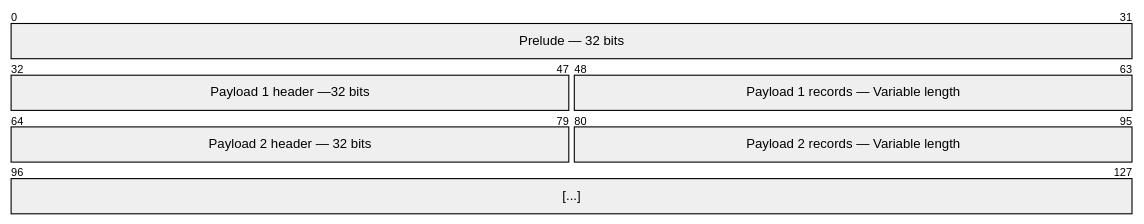
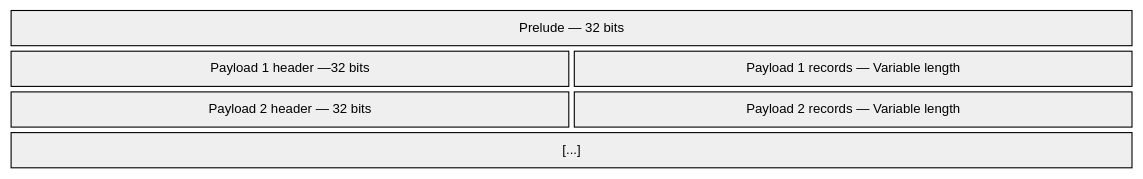
One commit to AerynOS/dotdev changed the diagram in src/content/docs/Developers/Stone/index.mdx. Above: the diagram before and after it, drawn with Mermaid (neutral theme). The commit also changed other lines of this file and 3 other files, not shown here.

````diff
--- a/src/content/docs/Developers/Stone/index.mdx
+++ b/src/content/docs/Developers/Stone/index.mdx
@@ -20,9 +17,16 @@
 ```mermaid
+%%{
+  init: {
+    'packet': {
+       'showBits': false
+    }
+  }
+}%%
 packet
 +32: "Prelude — 32 bits"
 +16: "Payload 1 header —32 bits"
 +16: "Payload 1 records — Variable length"
 +16: "Payload 2 header — 32 bits"
 +16: "Payload 2 records — Variable length"
 +32: "[...]"
 ```
````
